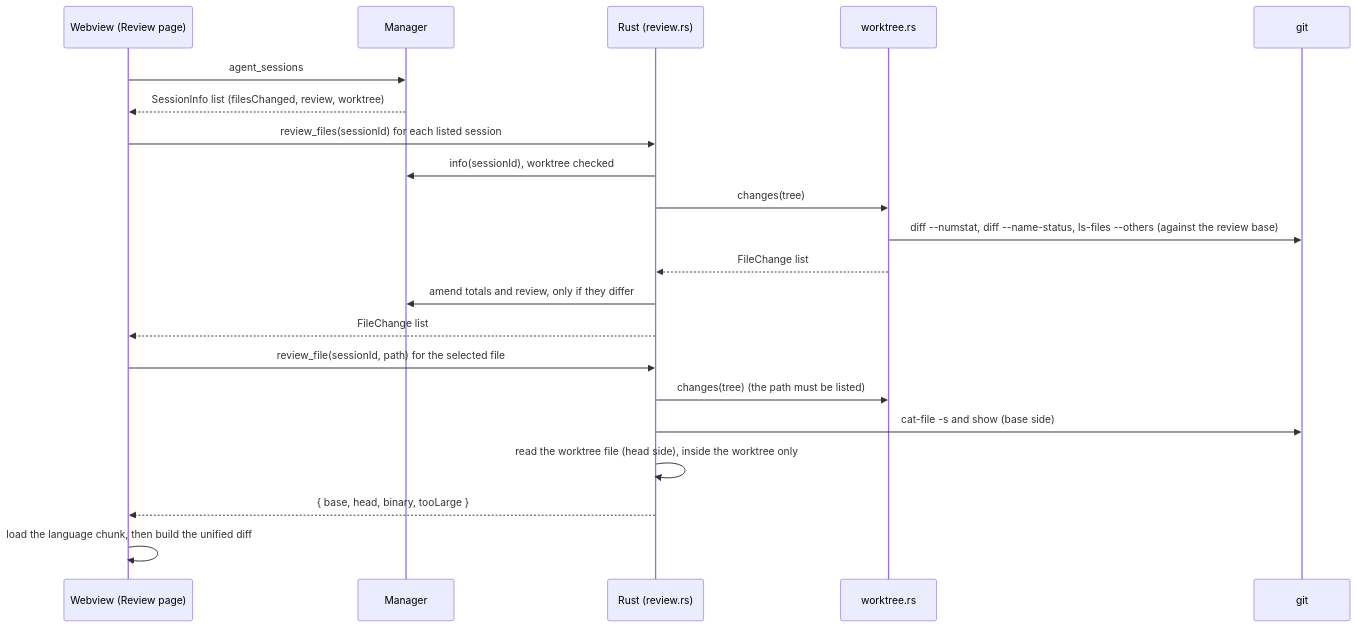
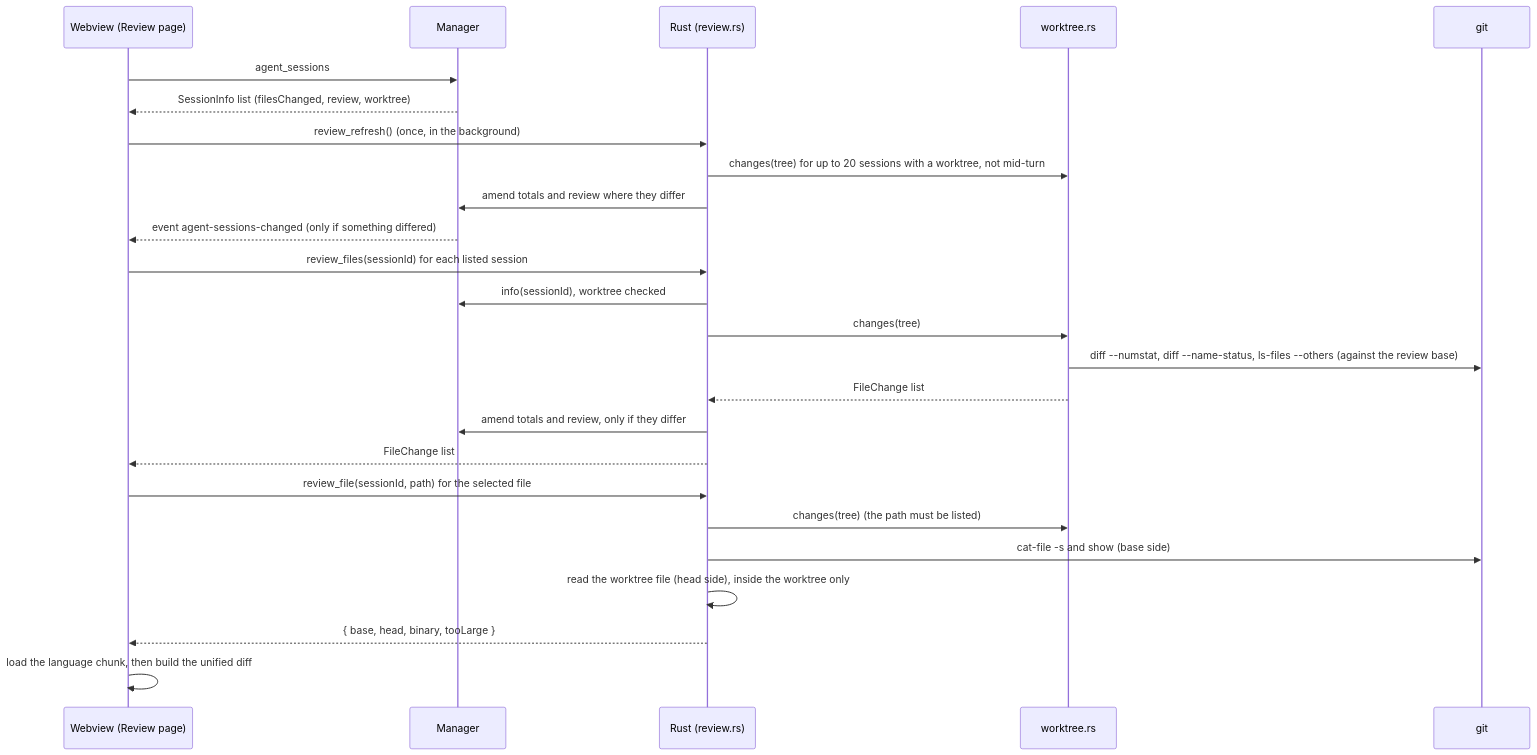
One commit to tyler59simon/agentic-hivemind-app changed the first of 5 diagrams in docs/plans/phase-4-review.md. Above: the diagram before and after it, drawn with Mermaid. The commit also changed other lines of this file and 4 other files, not shown here.

````diff
--- a/docs/plans/phase-4-review.md
+++ b/docs/plans/phase-4-review.md
@@ -475,23 +497,27 @@
 ```mermaid
 sequenceDiagram
     participant W as Webview (Review page)
     participant M as Manager
     participant R as Rust (review.rs)
     participant T as worktree.rs
     participant G as git
     W->>M: agent_sessions
     M-->>W: SessionInfo list (filesChanged, review, worktree)
+    W->>R: review_refresh() (once, in the background)
+    R->>T: changes(tree) for up to 20 sessions with a worktree, not mid-turn
+    R->>M: amend totals and review where they differ
+    M-->>W: event agent-sessions-changed (only if something differed)
     W->>R: review_files(sessionId) for each listed session
     R->>M: info(sessionId), worktree checked
     R->>T: changes(tree)
     T->>G: diff --numstat, diff --name-status, ls-files --others (against the review base)
     T-->>R: FileChange list
     R->>M: amend totals and review, only if they differ
     R-->>W: FileChange list
     W->>R: review_file(sessionId, path) for the selected file
     R->>T: changes(tree) (the path must be listed)
     R->>G: cat-file -s and show (base side)
     R->>R: read the worktree file (head side), inside the worktree only
     R-->>W: { base, head, binary, tooLarge }
     W->>W: load the language chunk, then build the unified diff
 ```
````
